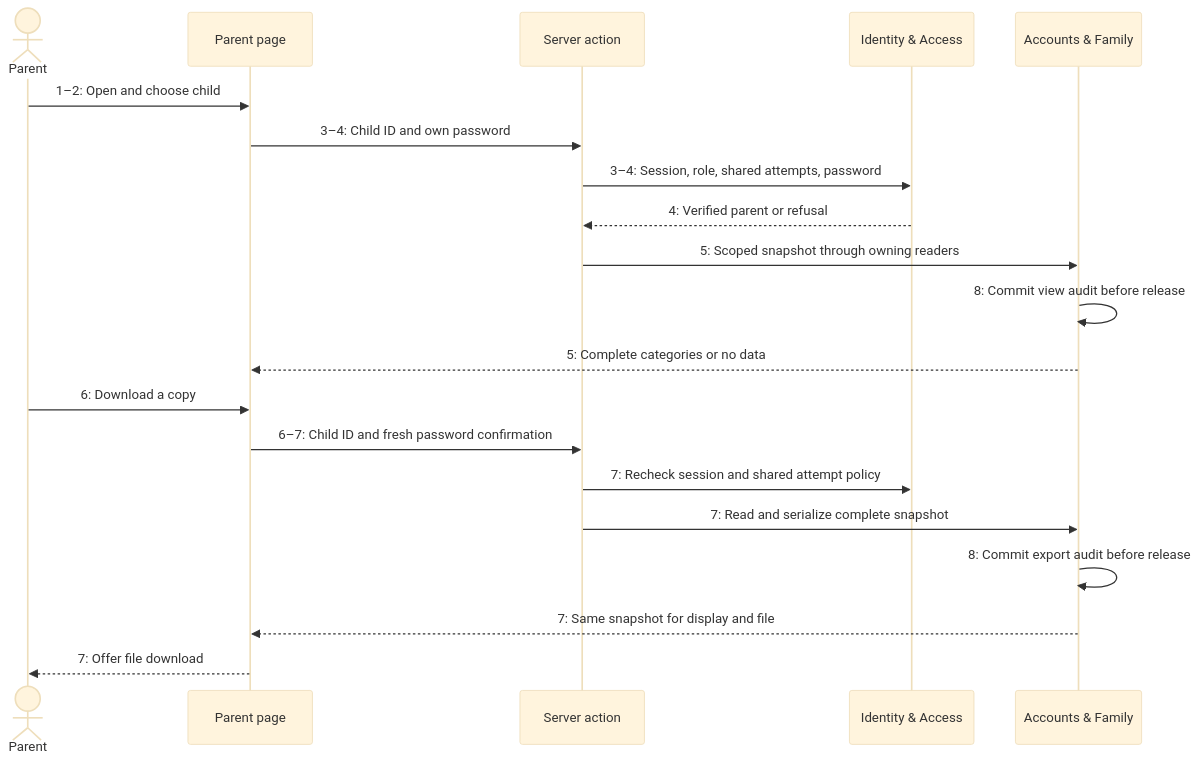
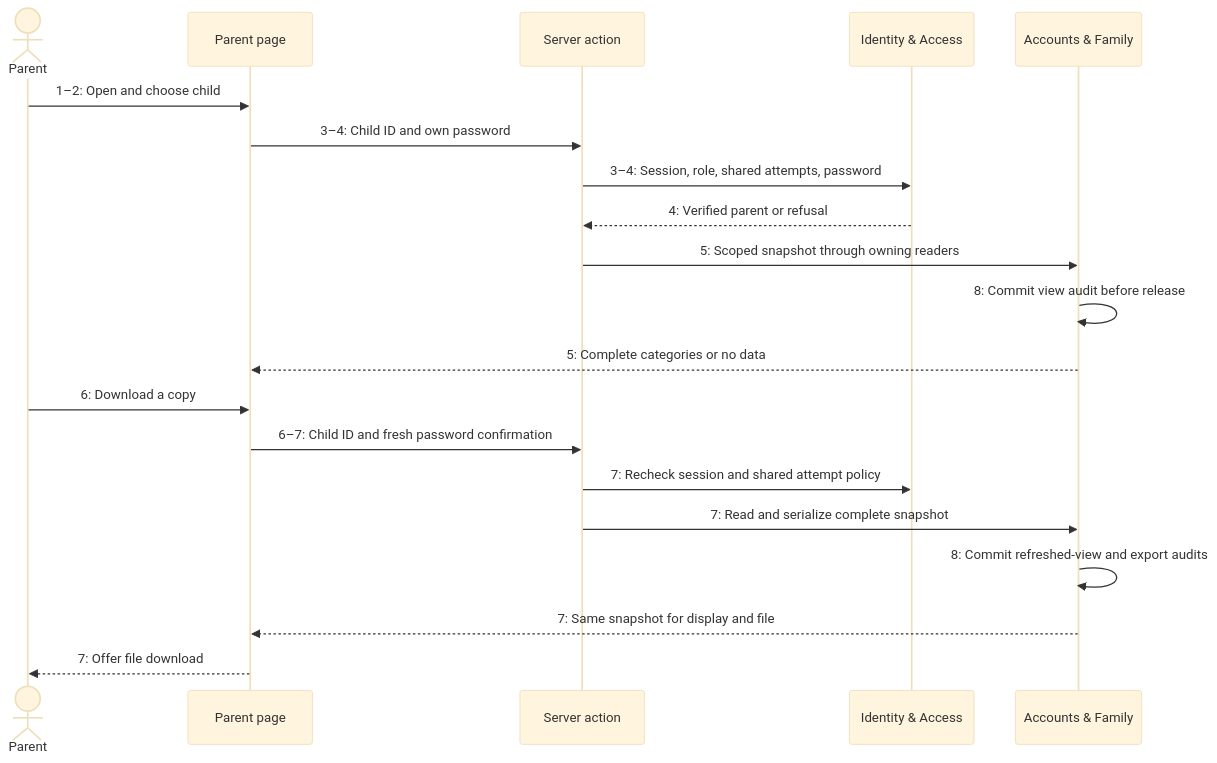
The fourth of 5 diagrams in design/par.md (videogames21/book_buddies), drawn with Mermaid (base theme) before and after one commit. The commit also changed other lines of this file and 4 other files, not shown here.

````diff
--- a/design/par.md
+++ b/design/par.md
@@ -259,22 +260,22 @@
 ```mermaid
 sequenceDiagram
   actor Parent
   participant UI as Parent page
   participant Action as Server action
   participant IAM as Identity & Access
   participant Data as Accounts & Family
   Parent->>UI: 1–2: Open and choose child
   UI->>Action: 3–4: Child ID and own password
   Action->>IAM: 3–4: Session, role, shared attempts, password
   IAM-->>Action: 4: Verified parent or refusal
   Action->>Data: 5: Scoped snapshot through owning readers
   Data->>Data: 8: Commit view audit before release
   Data-->>UI: 5: Complete categories or no data
   Parent->>UI: 6: Download a copy
   UI->>Action: 6–7: Child ID and fresh password confirmation
   Action->>IAM: 7: Recheck session and shared attempt policy
   Action->>Data: 7: Read and serialize complete snapshot
-  Data->>Data: 8: Commit export audit before release
+  Data->>Data: 8: Commit refreshed-view and export audits
   Data-->>UI: 7: Same snapshot for display and file
   UI-->>Parent: 7: Offer file download
 ```
````
